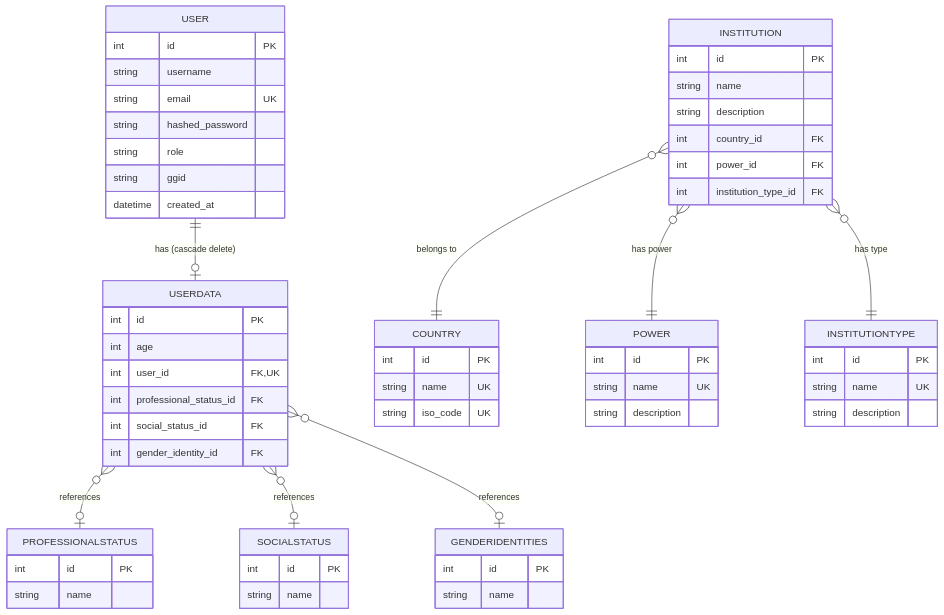
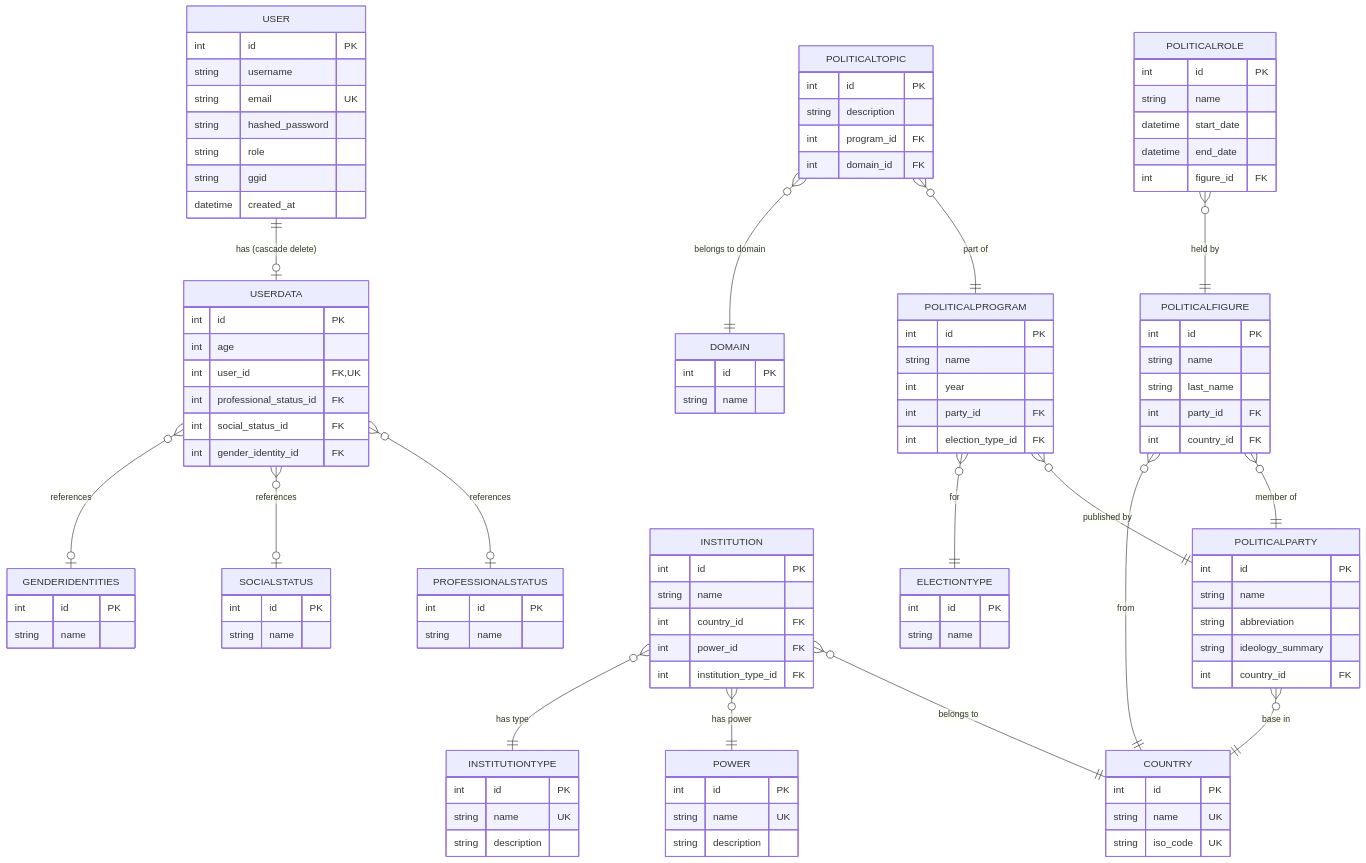
One commit to MaxRoiron/Edupo changed the diagram in docs/backend/database.md. Above: the diagram before and after it, drawn with Mermaid. The commit also changed other lines of this file and 1 other file, not shown here.

````diff
--- a/docs/backend/database.md
+++ b/docs/backend/database.md
@@ -63,10 +63,58 @@
     INSTITUTION {
         int id PK
         string name
-        string description
         int country_id FK
         int power_id FK
         int institution_type_id FK
+    }
+
+    POLITICALFIGURE {
+        int id PK
+        string name
+        string last_name
+        int party_id FK
+        int country_id FK
+    }
+
+    POLITICALROLE {
+        int id PK
+        string name
+        datetime start_date
+        datetime end_date
+        int figure_id FK
+    }
+
+    POLITICALPARTY {
+        int id PK
+        string name
+        string abbreviation
+        string ideology_summary
+        int country_id FK
+    }
+
+    POLITICALPROGRAM {
+        int id PK
+        string name
+        int year
+        int party_id FK
+        int election_type_id FK
+    }
+
+    ELECTIONTYPE {
+        int id PK
+        string name
+    }
+
+    POLITICALTOPIC {
+        int id PK
+        string description
+        int program_id FK
+        int domain_id FK
+    }
+
+    DOMAIN {
+        int id PK
+        string name
     }
 
     USER ||--o| USERDATA : "has (cascade delete)"
@@ -77,4 +125,14 @@
     INSTITUTION }o--|| COUNTRY : "belongs to"
     INSTITUTION }o--|| POWER : "has power"
     INSTITUTION }o--|| INSTITUTIONTYPE : "has type"
+
+    POLITICALFIGURE }o--|| POLITICALPARTY : "member of"
+    POLITICALFIGURE }o--|| COUNTRY : "from"
+    POLITICALROLE }o--|| POLITICALFIGURE : "held by"
+
+    POLITICALPARTY }o--|| COUNTRY : "base in"
+    POLITICALPROGRAM }o--|| POLITICALPARTY : "published by"
+    POLITICALPROGRAM }o--|| ELECTIONTYPE : "for"
+    POLITICALTOPIC }o--|| POLITICALPROGRAM : "part of"
+    POLITICALTOPIC }o--|| DOMAIN : "belongs to domain"
 ```
````
